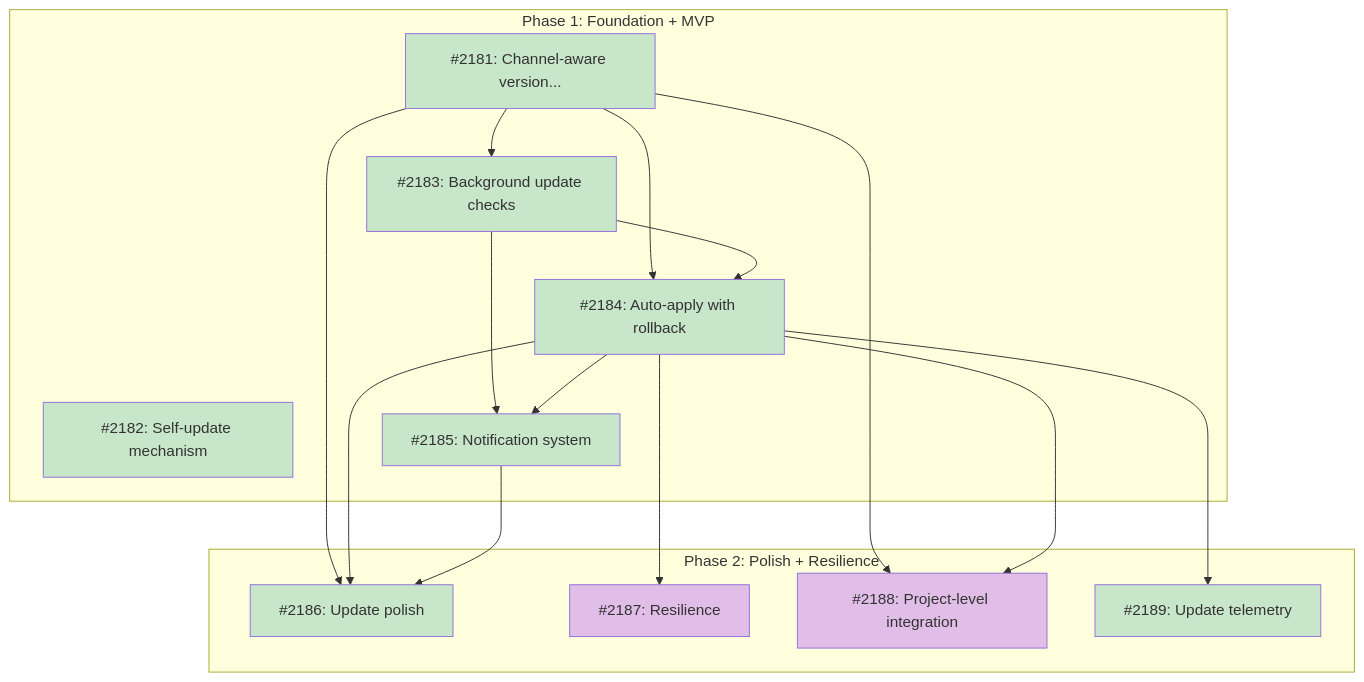
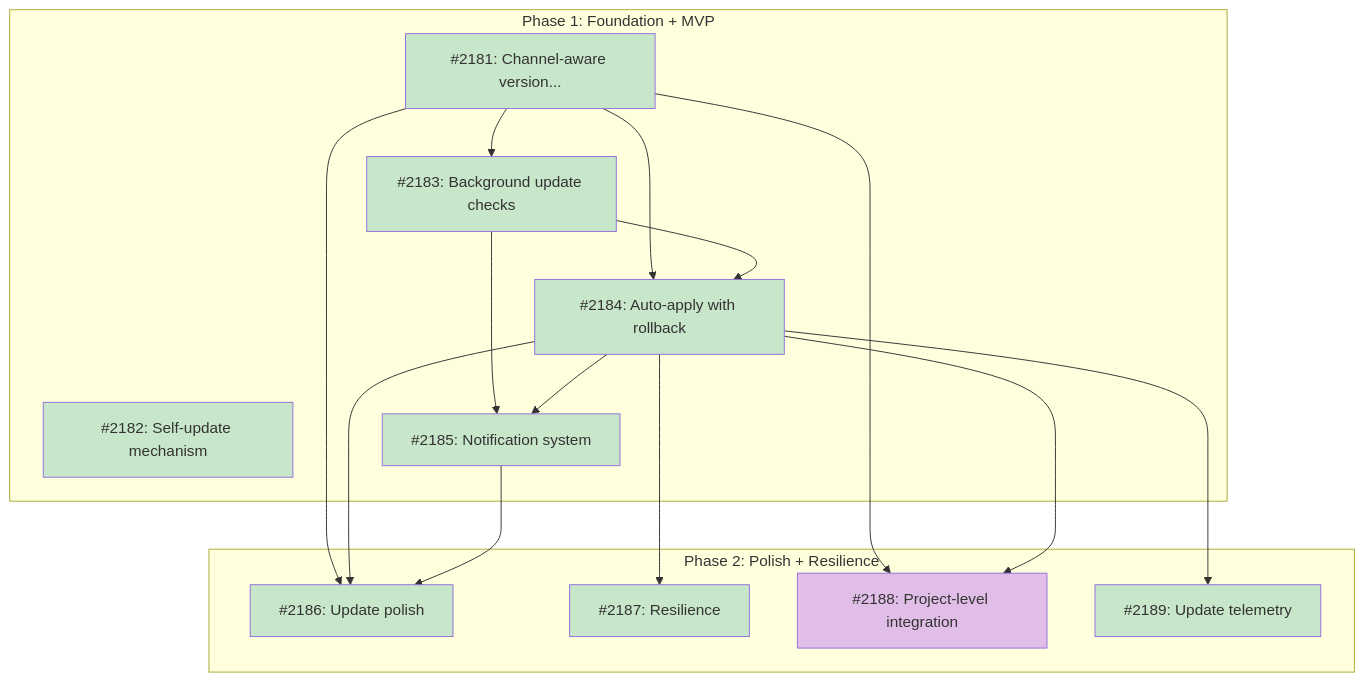
Before and after one commit to tsukumogami/tsuku: the diagram in docs/roadmaps/ROADMAP-auto-update.md, drawn with Mermaid. The commit also changed other lines of this file and 2 other files, not shown here.

First line of the commit message:
docs: transition resilience design to Current, update roadmap

````diff
--- a/docs/roadmaps/ROADMAP-auto-update.md
+++ b/docs/roadmaps/ROADMAP-auto-update.md
@@ -150,43 +151,43 @@
 ```mermaid
 graph TD
     subgraph Phase1["Phase 1: Foundation + MVP"]
         I2181["#2181: Channel-aware version..."]
         I2182["#2182: Self-update mechanism"]
         I2183["#2183: Background update checks"]
         I2184["#2184: Auto-apply with rollback"]
         I2185["#2185: Notification system"]
     end
 
     subgraph Phase2["Phase 2: Polish + Resilience"]
         I2186["#2186: Update polish"]
         I2187["#2187: Resilience"]
         I2188["#2188: Project-level integration"]
         I2189["#2189: Update telemetry"]
     end
 
     I2181 --> I2183
     I2181 --> I2184
     I2183 --> I2184
     I2183 --> I2185
     I2184 --> I2185
     I2181 --> I2186
     I2184 --> I2186
     I2185 --> I2186
     I2184 --> I2187
     I2181 --> I2188
     I2184 --> I2188
     I2184 --> I2189
 
     classDef done fill:#c8e6c9
     classDef ready fill:#bbdefb
     classDef blocked fill:#fff9c4
     classDef needsDesign fill:#e1bee7
     classDef needsPrd fill:#b3e5fc
     classDef needsSpike fill:#ffcdd2
     classDef needsDecision fill:#d1c4e9
     classDef tracksDesign fill:#FFE0B2,stroke:#F57C00,color:#000
     classDef tracksPlan fill:#FFE0B2,stroke:#F57C00,color:#000
 
-    class I2181,I2182,I2183,I2184,I2185,I2186,I2189 done
-    class I2187,I2188 needsDesign
+    class I2181,I2182,I2183,I2184,I2185,I2186,I2187,I2189 done
+    class I2188 needsDesign
 ```
````
